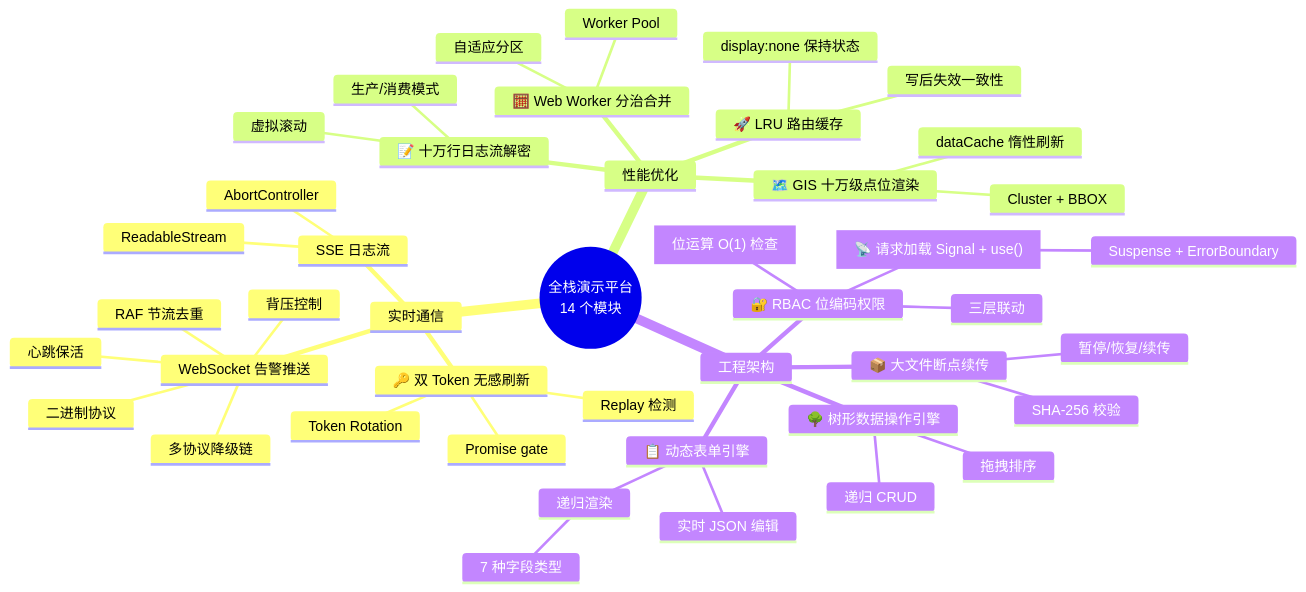
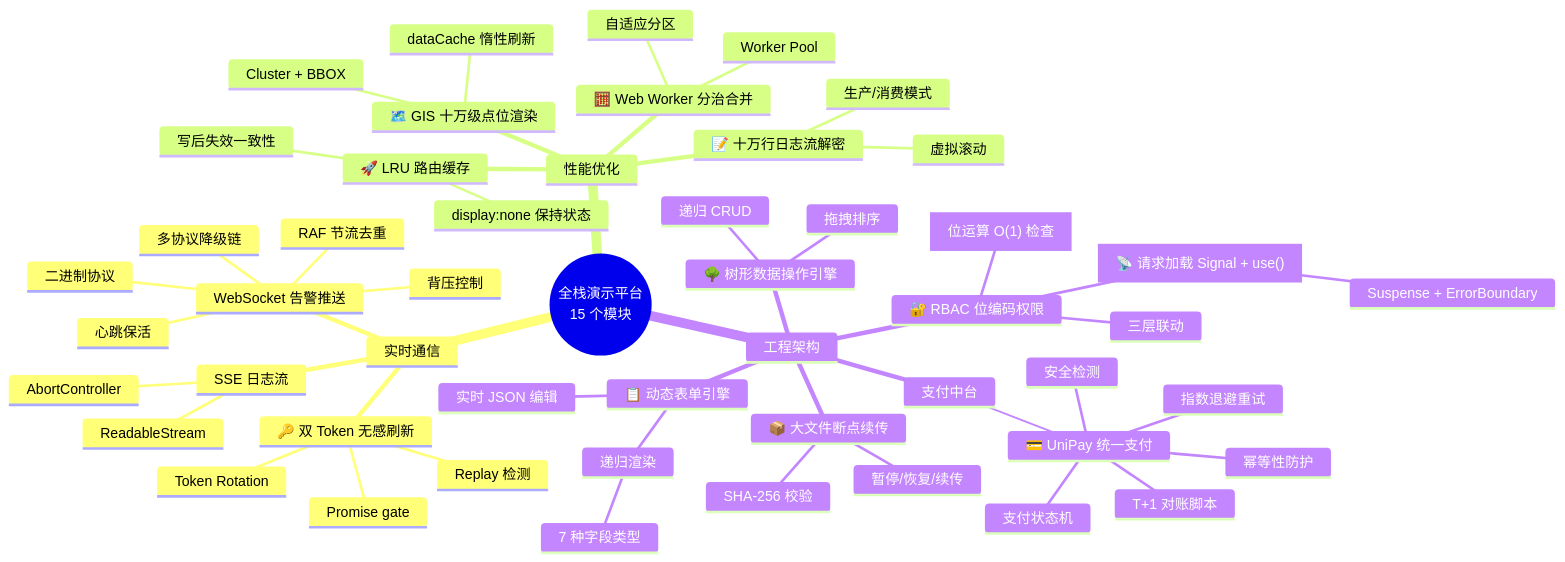
Before and after one commit to KMaybe01/interview-demo: the third of 46 diagrams in docs/面试亮点.md, drawn with Mermaid. The commit also changed other lines of this file and 10 other files, not shown here.

Commit message:
新增 UniPay 统一支付中台演示（状态机 + 幂等性 + 重试 + 对账 + 安全检测）

````diff
--- a/docs/面试亮点.md
+++ b/docs/面试亮点.md
@@ -113,48 +114,55 @@
 ```mermaid
 mindmap
-  root((全栈演示平台<br/>14 个模块))
+  root((全栈演示平台<br/>15 个模块))
     ::icon(fa fa-globe)
     实时通信
       WebSocket 告警推送
         多协议降级链
         二进制协议
         背压控制
         心跳保活
         RAF 节流去重
       SSE 日志流
         ReadableStream
         AbortController
       🔑 双 Token 无感刷新
         Promise gate
         Token Rotation
         Replay 检测
     性能优化
       🚀 LRU 路由缓存
         display:none 保持状态
         写后失效一致性
       🧮 Web Worker 分治合并
         Worker Pool
         自适应分区
       🗺️ GIS 十万级点位渲染
         Cluster + BBOX
         dataCache 惰性刷新
       📝 十万行日志流解密
         生产/消费模式
         虚拟滚动
     工程架构
       📋 动态表单引擎
         递归渲染
          7 种字段类型
         实时 JSON 编辑
       🔐 RBAC 位编码权限
         ["位运算 O(1) 检查"]
         三层联动
        ["📡 请求加载 Signal + use()"]
         Suspense + ErrorBoundary
       🌳 树形数据操作引擎
         递归 CRUD
         拖拽排序
       📦 大文件断点续传
         SHA-256 校验
         暂停/恢复/续传
+     支付中台
+       💳 UniPay 统一支付
+         支付状态机
+         幂等性防护
+         指数退避重试
+         T+1 对账脚本
+         安全检测
 ```
````
